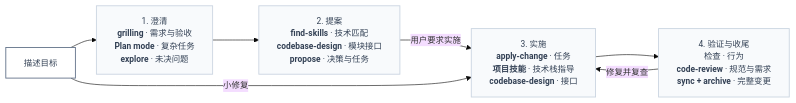
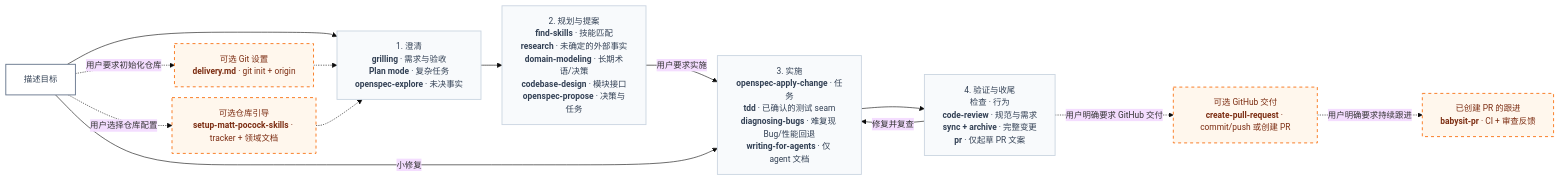
Before and after one commit to shuaibilx/AI-workflow-coding: the diagram in README.zh-CN.md, drawn with Mermaid. The commit also changed other lines of this file and 10 other files, not shown here.

Commit message:
feat(workflow): add task-aware skills and GitHub delivery

````diff
--- a/README.zh-CN.md
+++ b/README.zh-CN.md
@@ -33,12 +33,19 @@
 ```mermaid
 %%{init: {"theme":"base","themeVariables":{"fontSize":"14px"},"flowchart":{"nodeSpacing":18,"rankSpacing":35,"wrappingWidth":180}}}%%
 flowchart LR
-    G[描述目标]:::start --> C["1. 澄清<br/><span style='color:#174ea6'><b>grilling</b></span> · 需求与验收<br/><span style='color:#174ea6'><b>Plan mode</b></span> · 复杂任务<br/><span style='color:#174ea6'><b>explore</b></span> · 未决问题"]:::stage
-    C --> P["2. 提案<br/><span style='color:#174ea6'><b>find-skills</b></span> · 技术匹配<br/><span style='color:#174ea6'><b>codebase-design</b></span> · 模块接口<br/><span style='color:#174ea6'><b>propose</b></span> · 决策与任务"]:::stage
-    P -->|用户要求实施| I["3. 实施<br/><span style='color:#174ea6'><b>apply-change</b></span> · 任务<br/><span style='color:#174ea6'><b>项目技能</b></span> · 技术栈指导<br/><span style='color:#174ea6'><b>codebase-design</b></span> · 接口"]:::stage
-    I --> V["4. 验证与收尾<br/>检查 · 行为<br/><span style='color:#174ea6'><b>code-review</b></span> · 规范与需求<br/><span style='color:#174ea6'><b>sync + archive</b></span> · 完整变更"]:::stage
+    G[描述目标]:::start --> C["1. 澄清<br/><span style='color:#174ea6'><b>grilling</b></span> · 需求与验收<br/><span style='color:#174ea6'><b>Plan mode</b></span> · 复杂任务<br/><span style='color:#174ea6'><b>openspec-explore</b></span> · 未决事实"]:::stage
+    C --> P["2. 规划与提案<br/><span style='color:#174ea6'><b>find-skills</b></span> · 技能匹配<br/><span style='color:#174ea6'><b>research</b></span> · 未确定的外部事实<br/><span style='color:#174ea6'><b>domain-modeling</b></span> · 长期术语/决策<br/><span style='color:#174ea6'><b>codebase-design</b></span> · 模块接口<br/><span style='color:#174ea6'><b>openspec-propose</b></span> · 决策与任务"]:::stage
+    P -->|用户要求实施| I["3. 实施<br/><span style='color:#174ea6'><b>openspec-apply-change</b></span> · 任务<br/><span style='color:#174ea6'><b>tdd</b></span> · 已确认的测试 seam<br/><span style='color:#174ea6'><b>diagnosing-bugs</b></span> · 难复现 Bug/性能回退<br/><span style='color:#174ea6'><b>writing-for-agents</b></span> · 仅 agent 文档"]:::stage
+    I --> V["4. 验证与收尾<br/>检查 · 行为<br/><span style='color:#174ea6'><b>code-review</b></span> · 规范与需求<br/><span style='color:#174ea6'><b>sync + archive</b></span> · 完整变更<br/><span style='color:#174ea6'><b>pr</b></span> · 仅起草 PR 文案"]:::stage
     G -->|小修复| I
     V -->|修复并复查| I
+    G -.->|用户要求初始化仓库| R["可选 Git 设置<br/><span style='color:#174ea6'><b>delivery.md</b></span> · git init + origin"]:::optional
+    R -.-> C
+    V -.->|用户明确要求 GitHub 交付| D["可选 GitHub 交付<br/><span style='color:#174ea6'><b>create-pull-request</b></span> · commit/push 或创建 PR"]:::optional
+    D -.->|用户明确要求持续跟进| M["已创建 PR 的跟进<br/><span style='color:#174ea6'><b>babysit-pr</b></span> · CI + 审查反馈"]:::optional
+    G -.->|用户选择仓库配置| S["可选仓库引导<br/><span style='color:#174ea6'><b>setup-matt-pocock-skills</b></span> · tracker + 领域文档"]:::optional
+    S -.-> C
     classDef start fill:#ffffff,stroke:#64748b,color:#334155,stroke-width:1.5px
     classDef stage fill:#f8fafc,stroke:#cbd5e1,color:#334155,stroke-width:1.5px
+    classDef optional fill:#fff7ed,stroke:#f97316,color:#7c2d12,stroke-width:1.5px,stroke-dasharray:5 5
 ```
````
